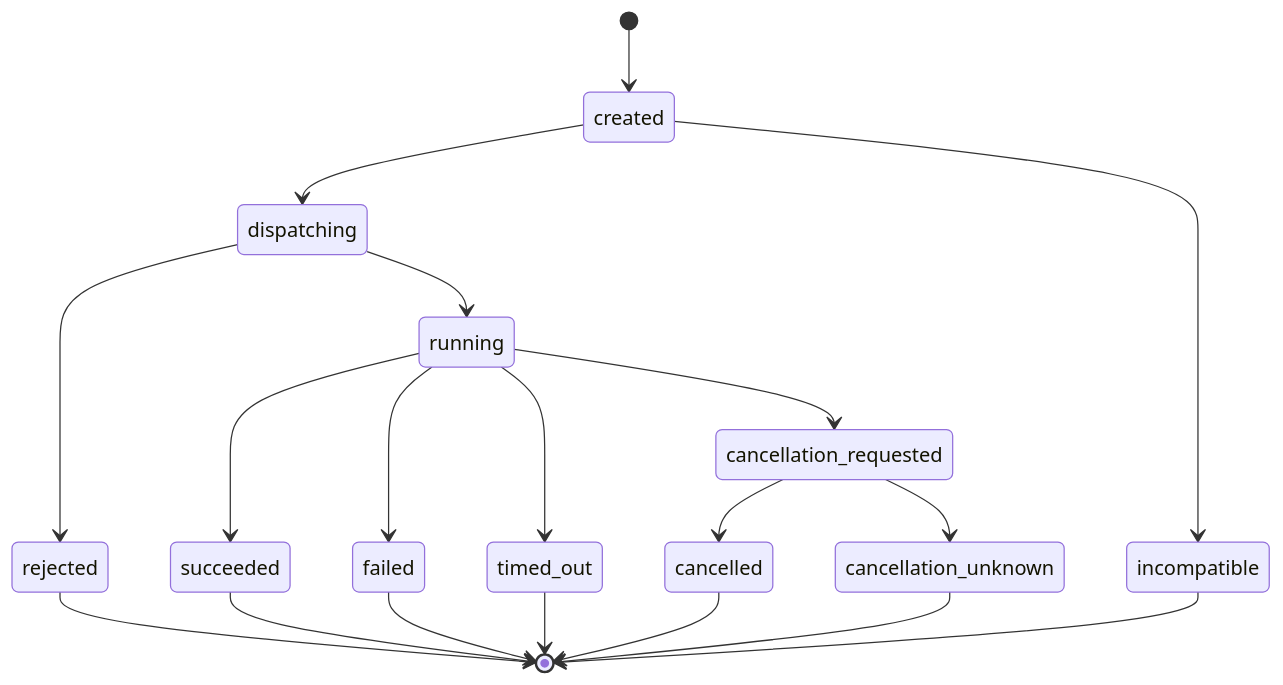
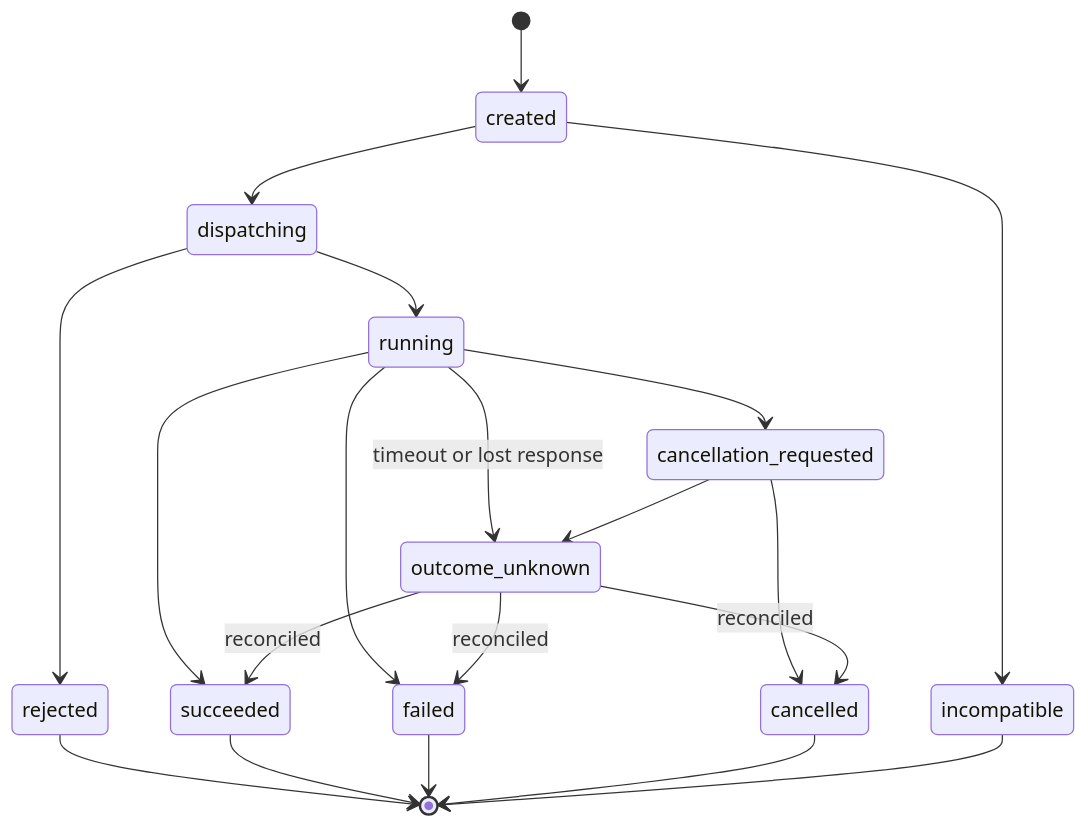
One commit to wzw57/OpenShadow changed the second of 6 diagrams in docs/state-machines.md. Above: the diagram before and after it, drawn with Mermaid. The commit also changed other lines of this file and 68 other files, not shown here.

```diff
--- a/docs/state-machines.md
+++ b/docs/state-machines.md
@@ -70,21 +79,22 @@
 ~~~mermaid
 stateDiagram-v2
     [*] --> created
     created --> dispatching
     dispatching --> running
     dispatching --> rejected
     running --> succeeded
     running --> failed
-    running --> timed_out
+    running --> outcome_unknown: timeout or lost response
     running --> cancellation_requested
     cancellation_requested --> cancelled
-    cancellation_requested --> cancellation_unknown
+    cancellation_requested --> outcome_unknown
     created --> incompatible
+    outcome_unknown --> succeeded: reconciled
+    outcome_unknown --> failed: reconciled
+    outcome_unknown --> cancelled: reconciled
     rejected --> [*]
     succeeded --> [*]
     failed --> [*]
-    timed_out --> [*]
     cancelled --> [*]
-    cancellation_unknown --> [*]
     incompatible --> [*]
 ~~~
```
